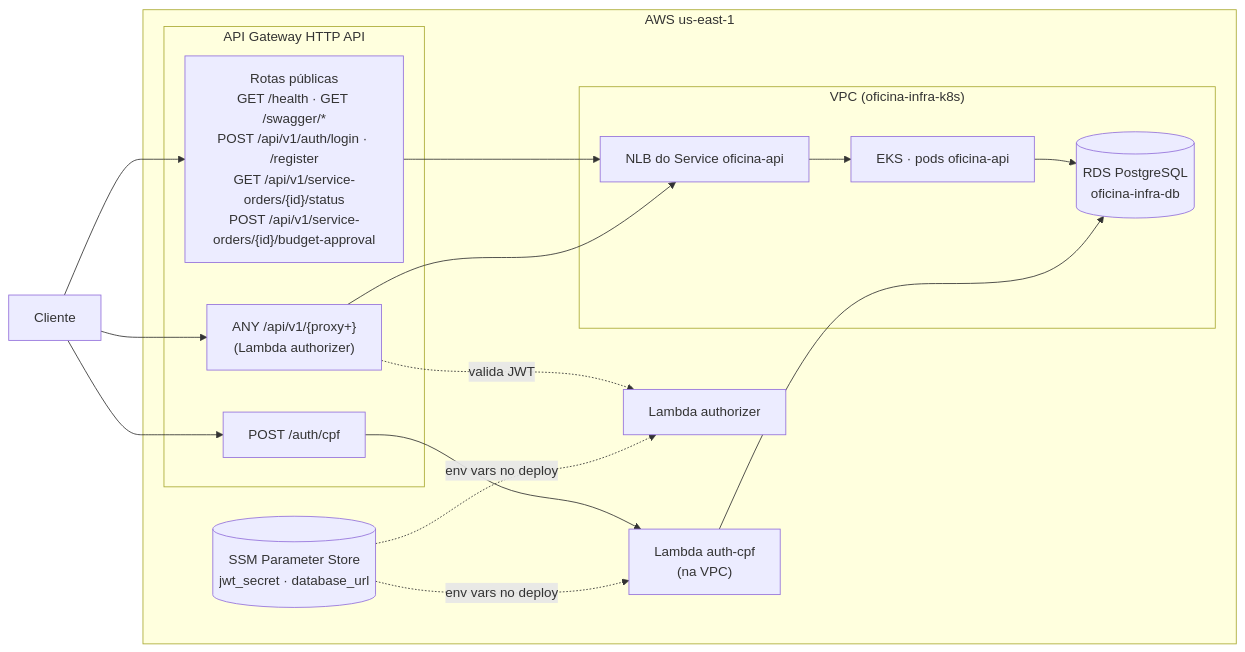
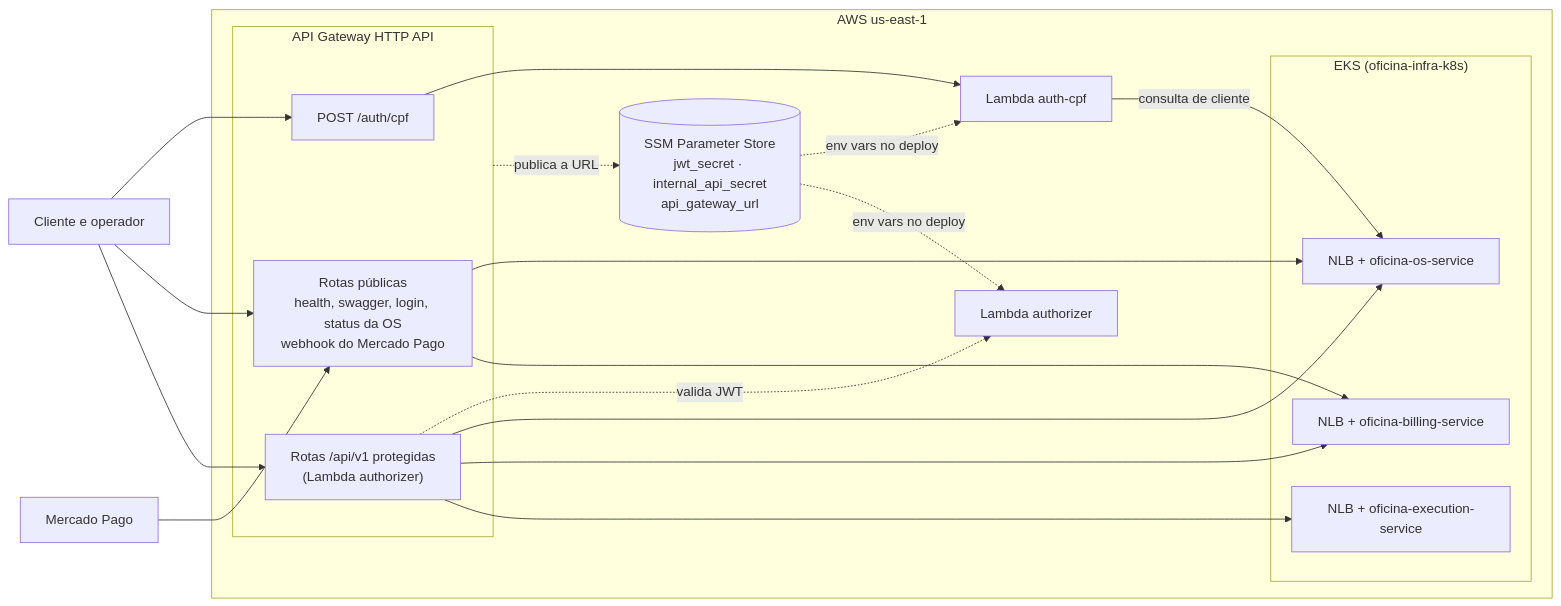
One commit to gaabriel165/oficina-lambda-auth changed the third of 3 diagrams in README.md. Above: the diagram before and after it, drawn with Mermaid. The commit also changed other lines of this file, not shown here.

````diff
--- a/README.md
+++ b/README.md
@@ -85,33 +104,37 @@
 ```mermaid
 flowchart LR
-    Client[Cliente]
+    Client[Cliente e operador]
+    MP[Mercado Pago]
 
     subgraph AWS["AWS us-east-1"]
         subgraph GW["API Gateway HTTP API"]
-            PUB["Rotas públicas<br/>GET /health · GET /swagger/*<br/>POST /api/v1/auth/login · /register<br/>GET /api/v1/service-orders/{id}/status<br/>POST /api/v1/service-orders/{id}/budget-approval"]
             AUTH["POST /auth/cpf"]
-            PROT["ANY /api/v1/{proxy+}<br/>(Lambda authorizer)"]
+            PUB["Rotas públicas<br/>health, swagger, login, status da OS<br/>webhook do Mercado Pago"]
+            PROT["Rotas /api/v1 protegidas<br/>(Lambda authorizer)"]
         end
-        LA["Lambda auth-cpf<br/>(na VPC)"]
+        LA["Lambda auth-cpf"]
         LZ["Lambda authorizer"]
-        SSM[(SSM Parameter Store<br/>jwt_secret · database_url)]
-        subgraph VPC["VPC (oficina-infra-k8s)"]
-            NLB[NLB do Service oficina-api]
-            EKS[EKS · pods oficina-api]
-            RDS[(RDS PostgreSQL<br/>oficina-infra-db)]
+        SSM[(SSM Parameter Store<br/>jwt_secret · internal_api_secret<br/>api_gateway_url)]
+        subgraph EKS["EKS (oficina-infra-k8s)"]
+            OS["NLB + oficina-os-service"]
+            BILLING["NLB + oficina-billing-service"]
+            EXECUTION["NLB + oficina-execution-service"]
         end
     end
 
+    Client --> AUTH
     Client --> PUB
-    Client --> AUTH
     Client --> PROT
+    MP --> PUB
     AUTH --> LA
+    LA -->|"consulta de cliente"| OS
     PROT -. valida JWT .-> LZ
-    PUB --> NLB
-    PROT --> NLB
-    NLB --> EKS
-    EKS --> RDS
-    LA --> RDS
+    PUB --> OS
+    PUB --> BILLING
+    PROT --> OS
+    PROT --> BILLING
+    PROT --> EXECUTION
     SSM -. env vars no deploy .-> LA
     SSM -. env vars no deploy .-> LZ
+    GW -. publica a URL .-> SSM
 ```
````
